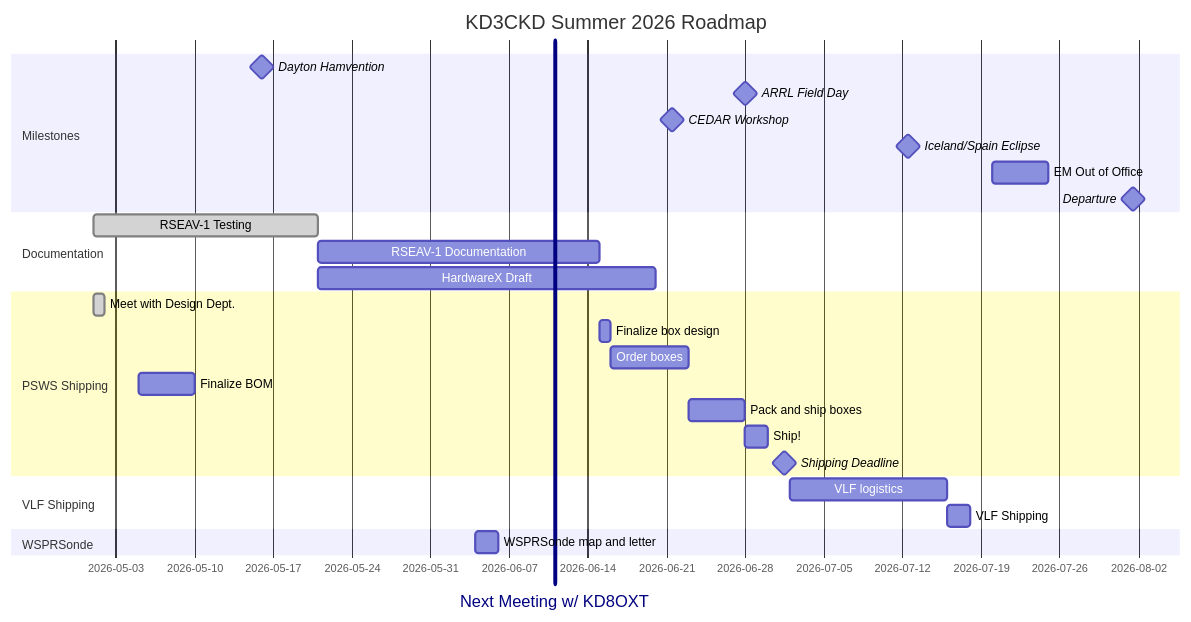
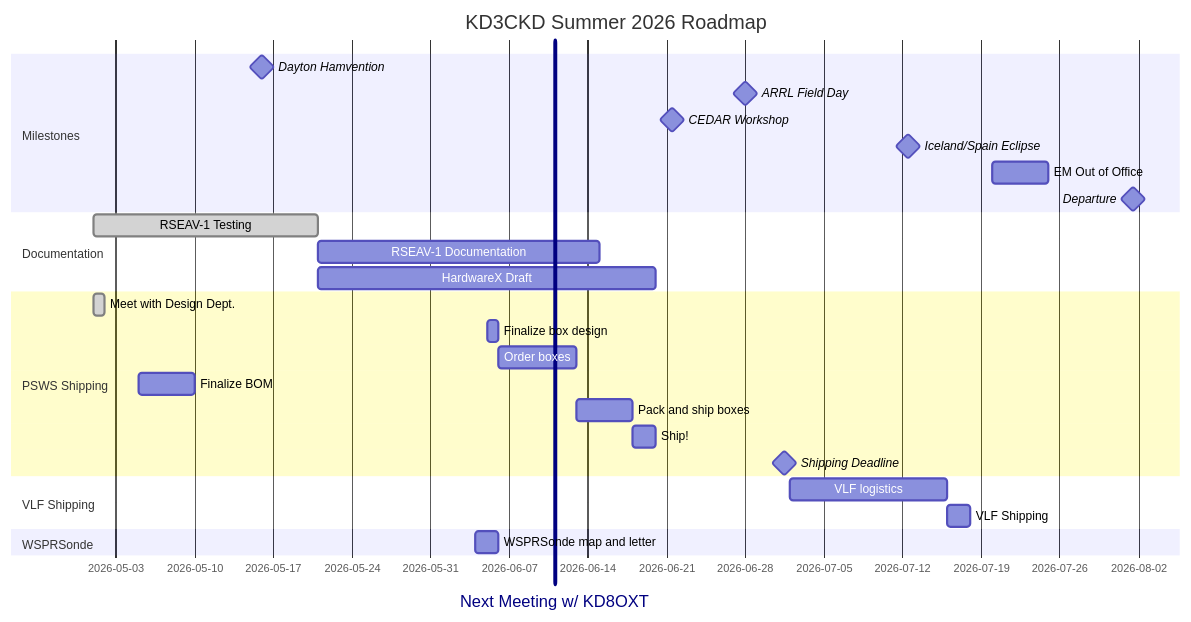
The diagram in emma_gantt.md (HamSCI/psws-charette), drawn with Mermaid before and after one commit.

````diff
--- a/emma_gantt.md
+++ b/emma_gantt.md
@@ -1,31 +1,31 @@
 ```mermaid
 gantt
     title KD3CKD Summer 2026 Roadmap
     Next Meeting w/ KD8OXT :vert, 2026-06-11, 0d
     dateFormat YYYY-MM
 section Milestones
         Dayton Hamvention       : milestone, hamvention, 2026-05-15, 2d
         ARRL Field Day       : milestone, fieldday, 2026-06-27, 2d
         CEDAR Workshop    : milestone, CEDAR, 2026-06-21, 1d 
         Iceland/Spain Eclipse       : milestone, Eclipse, 2026-07-12, 1d
         EM Out of Office : oof, 2026-07-20, 5d
         Departure       : milestone, end, 2026-08-01, 1d
                                 
 section Documentation
        RSEAV-1 Testing    :done, antennatest, 2026-05-1, 20d
        RSEAV-1 Documentation    :antennadoc, after antennatest, 25d
        HardwareX Draft :hardwarex, after antennatest, 30d
 section PSWS Shipping
        Meet with Design Dept. :done, designmeet, 2026-05-01, 1d
-       Finalize box design: boxdesign, 2026-06-15, 1d
+       Finalize box design: boxdesign, 2026-06-05, 1d
        Order boxes: boxorder, after boxdesign, 7d
        Finalize BOM: BOM, 2026-05-05, 5d
        Pack and ship boxes: packing, after BOM boxorder, 5d
        Ship!: ship, after packing, 2d
        Shipping Deadline      :milestone, shippingdeadline, 2026-07-01, 1d
 section VLF Shipping
        VLF logistics: vlflog, after shippingdeadline, 2w
        VLF Shipping: vlfship, after vlflog, 2d
 section WSPRSonde
        WSPRSonde map and letter: wsprsondeletter, 2026-06-04, 2d
 ```
````
